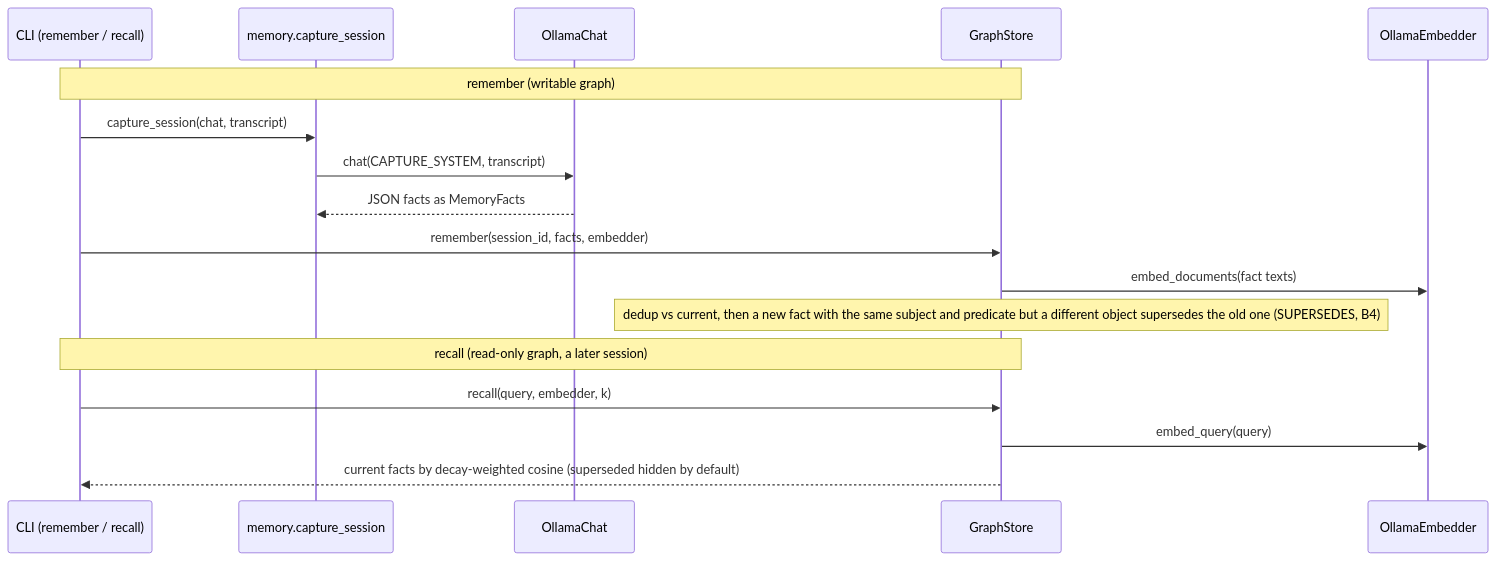
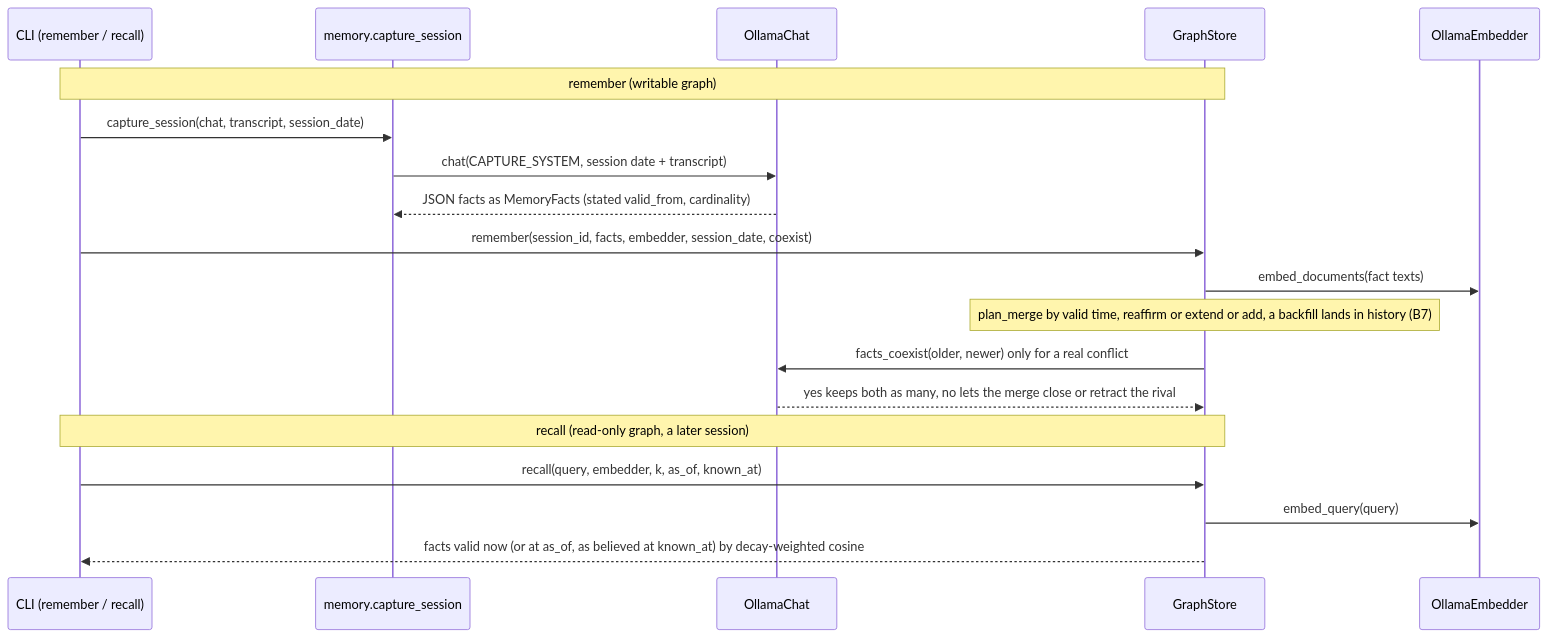
The sixth of 6 diagrams in docs/arc42/06-runtime-view.md (Neuroant/OpenWiki), drawn with Mermaid before and after one commit. The commit also changed other lines of this file and 11 other files, not shown here.

````diff
--- a/docs/arc42/06-runtime-view.md
+++ b/docs/arc42/06-runtime-view.md
@@ -165,21 +168,23 @@
 ```mermaid
 sequenceDiagram
   participant U as CLI (remember / recall)
   participant M as memory.capture_session
   participant C as OllamaChat
   participant GS as GraphStore
   participant E as OllamaEmbedder
 
   Note over U,GS: remember (writable graph)
-  U->>M: capture_session(chat, transcript)
-  M->>C: chat(CAPTURE_SYSTEM, transcript)
-  C-->>M: JSON facts as MemoryFacts
-  U->>GS: remember(session_id, facts, embedder)
+  U->>M: capture_session(chat, transcript, session_date)
+  M->>C: chat(CAPTURE_SYSTEM, session date + transcript)
+  C-->>M: JSON facts as MemoryFacts (stated valid_from, cardinality)
+  U->>GS: remember(session_id, facts, embedder, session_date, coexist)
   GS->>E: embed_documents(fact texts)
-  Note over GS: dedup vs current, then a new fact with the same subject and predicate but a different object supersedes the old one (SUPERSEDES, B4)
+  Note over GS: plan_merge by valid time, reaffirm or extend or add, a backfill lands in history (B7)
+  GS->>C: facts_coexist(older, newer) only for a real conflict
+  C-->>GS: yes keeps both as many, no lets the merge close or retract the rival
 
   Note over U,GS: recall (read-only graph, a later session)
-  U->>GS: recall(query, embedder, k)
+  U->>GS: recall(query, embedder, k, as_of, known_at)
   GS->>E: embed_query(query)
-  GS-->>U: current facts by decay-weighted cosine (superseded hidden by default)
+  GS-->>U: facts valid now (or at as_of, as believed at known_at) by decay-weighted cosine
 ```
````
